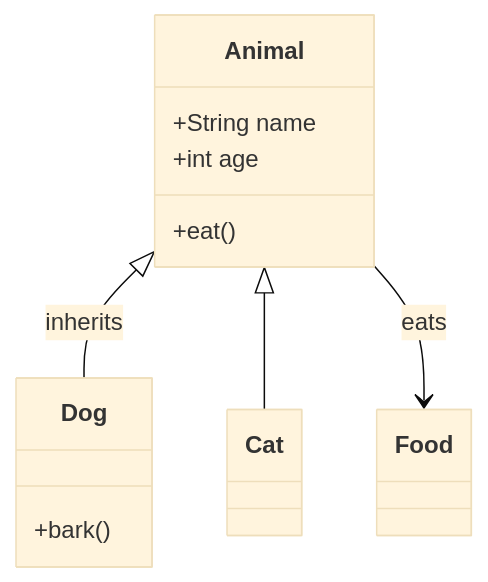
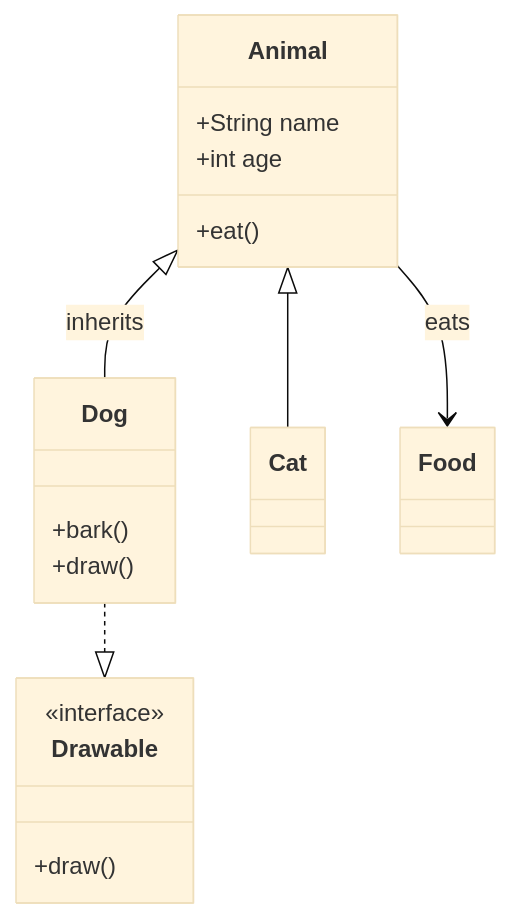
Before and after one commit to yingkitw/diagram: the diagram in examples/class.mmd, drawn with Mermaid (base theme). The commit also changed 13 other files, not shown here.

First line of the commit message:
Enhance diagram tool with sequence and class diagram improvements

```diff
--- a/examples/class.mmd
+++ b/examples/class.mmd
@@ -1,13 +1,18 @@
 classDiagram
+    class Drawable <<interface>> {
+        +draw()
+    }
     class Animal {
         +String name
         +int age
         +eat()
     }
     class Dog {
         +bark()
+        +draw()
     }
     class Cat
     Animal <|-- Dog : inherits
     Animal <|-- Cat
     Animal --> Food : eats
+    Dog ..|> Drawable
```
